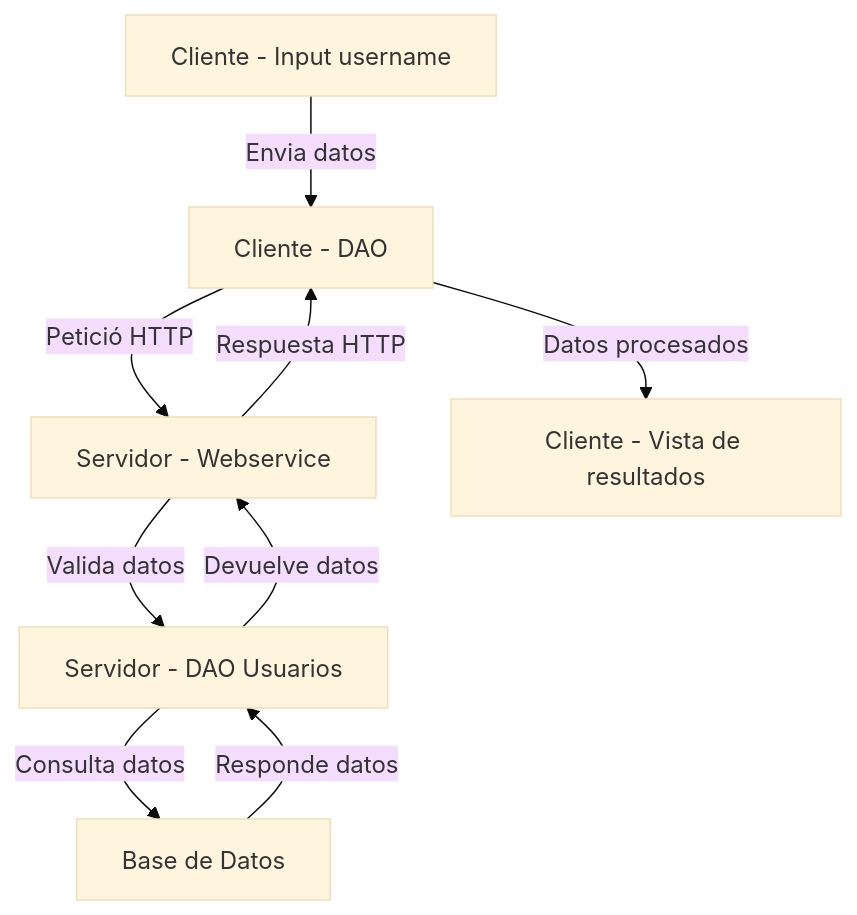
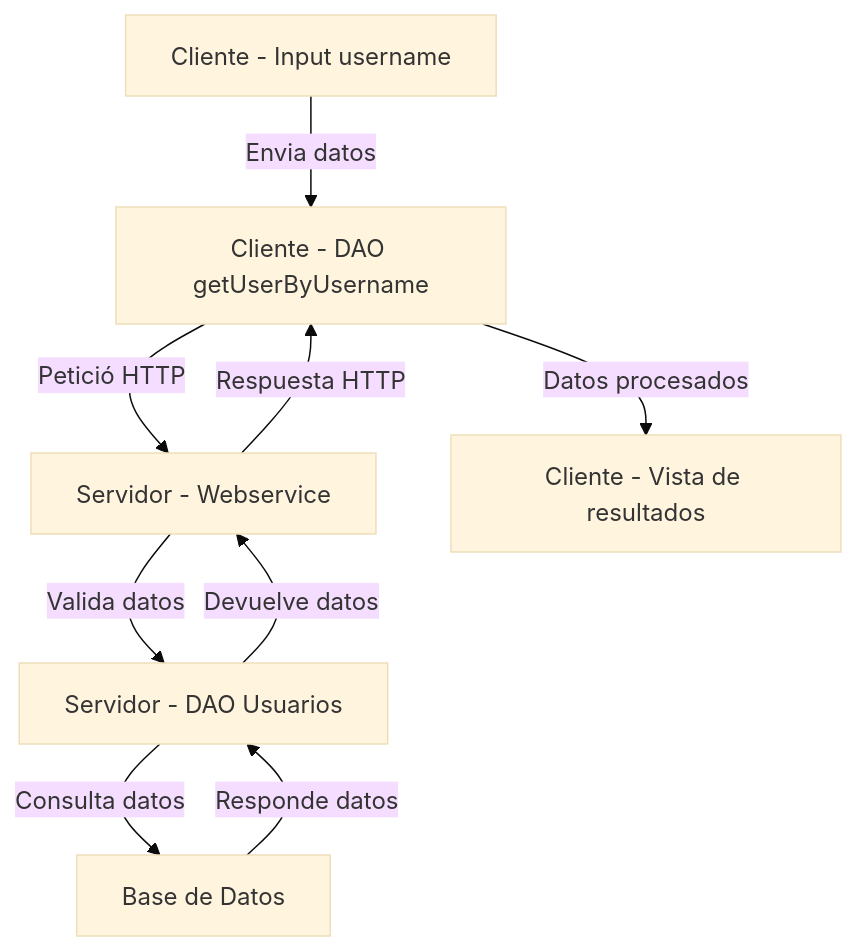
The diagram in charts/diagramaPrototip1.mmd (dmontes901/TapatApp), drawn with Mermaid (base theme) before and after one commit.

```diff
--- a/charts/diagramaPrototip1.mmd
+++ b/charts/diagramaPrototip1.mmd
@@ -1,9 +1,9 @@
 flowchart TD
-    A[Cliente - Input  username] -->|Envia datos| B[Cliente - DAO]
+    A[Cliente - Input username] -->|Envia datos| B[Cliente - DAO getUserByUsername]
     B -->|Petició HTTP| C[Servidor - Webservice]
     C -->|Valida datos| D[Servidor - DAO Usuarios]
     D -->|Consulta datos| E[Base de Datos]
     E -->|Responde datos| D
     D -->|Devuelve datos| C
     C -->|Respuesta HTTP| B
     B -->|Datos procesados| F[Cliente - Vista de resultados]
```
